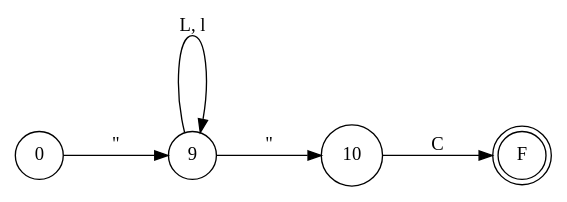
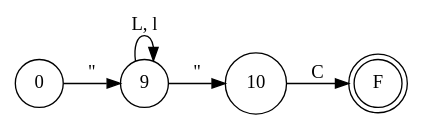
The diagram in resources/FA/FADiagrams/strings.dot (iroumec/RouVel-Compiler), drawn with Graphviz before and after one commit. The commit also changed 12 other files, not shown here.

Commit message:
Improvements in Diagrams

```diff
--- a/resources/FA/FADiagrams/strings.dot
+++ b/resources/FA/FADiagrams/strings.dot
@@ -1,19 +1,10 @@
 digraph DFA {
-    // Layout más libre y cuadrado
-    splines = true;
-    overlap = false;
-    nodesep = 1;
-    ranksep = 1;
     rankdir = LR;
-    
-    // Estados normales.
     node [shape = circle;];
-    
-    // Estado de aceptación.
     F [shape = doublecircle;];
     
     0 -> 9 [label = "\"";];
     9 -> 9 [label = "L, l";];
     9 -> 10 [label = "\"";];
     10 -> F [label = "C";];
 }
```
